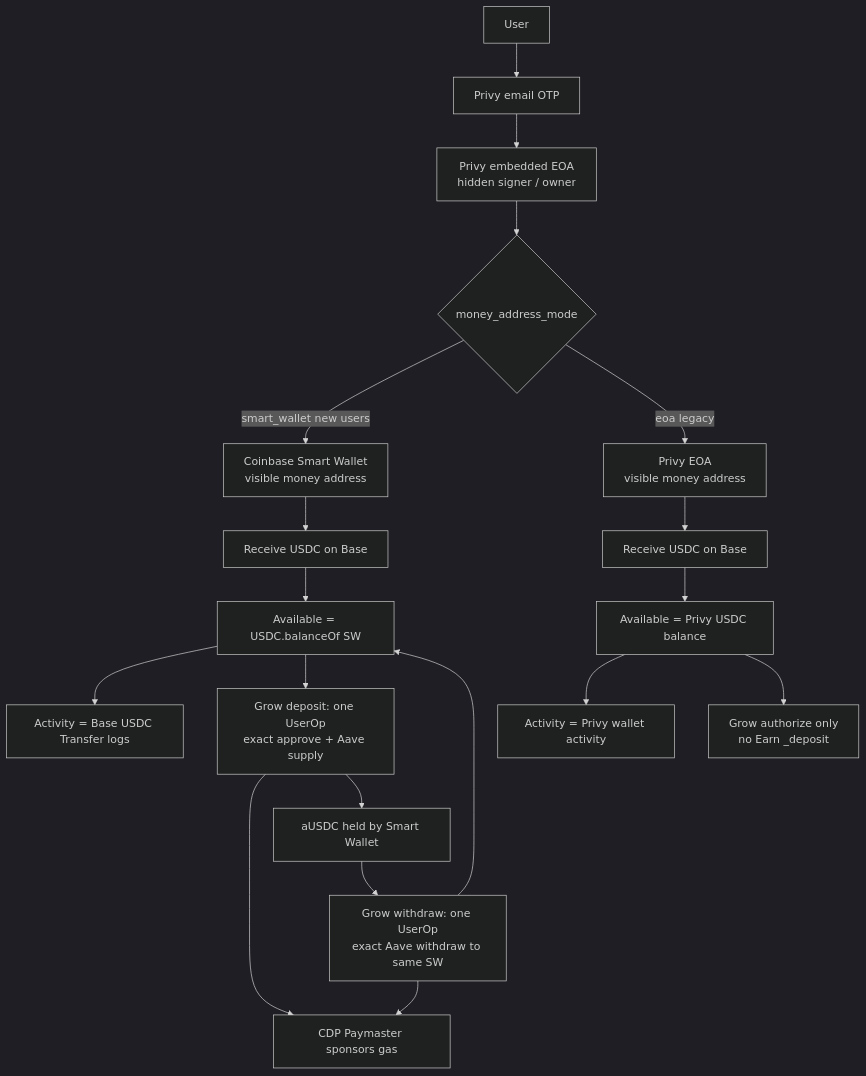
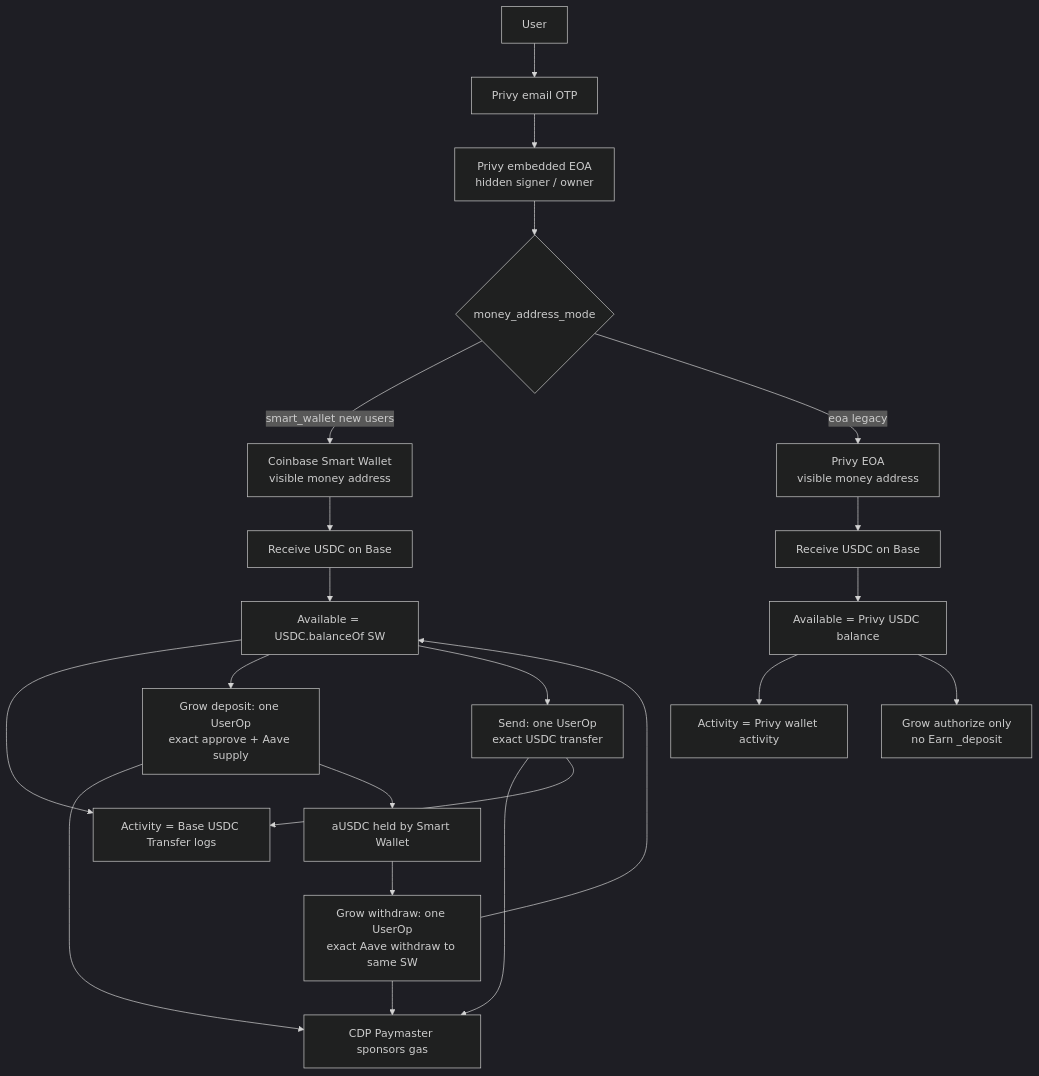
Before and after one commit to Evrlink/OlimpiaNeoBank: the diagram in docs/CurrentArchitecture.md, drawn with Mermaid (dark theme). The commit also changed other lines of this file, not shown here.

Commit message:
Document Smart Wallet Send architecture

````diff
--- a/docs/CurrentArchitecture.md
+++ b/docs/CurrentArchitecture.md
@@ -274,24 +340,27 @@
 ```mermaid
 flowchart TD
   user[User] --> privyAuth[Privy email OTP]
   privyAuth --> eoa[Privy embedded EOA<br/>hidden signer / owner]
   eoa --> mode{money_address_mode}
 
   mode -->|smart_wallet new users| sw[Coinbase Smart Wallet<br/>visible money address]
   mode -->|eoa legacy| eoaMoney[Privy EOA<br/>visible money address]
 
   sw --> receiveSW[Receive USDC on Base]
   receiveSW --> availSW[Available = USDC.balanceOf SW]
   availSW --> actSW[Activity = Base USDC Transfer logs]
   availSW --> growSW[Grow deposit: one UserOp<br/>exact approve + Aave supply]
+  availSW --> sendSW[Send: one UserOp<br/>exact USDC transfer]
   growSW --> paymaster[CDP Paymaster sponsors gas]
+  sendSW --> paymaster
+  sendSW --> actSW
   growSW --> ausdc[aUSDC held by Smart Wallet]
   ausdc --> withdrawSW[Grow withdraw: one UserOp<br/>exact Aave withdraw to same SW]
   withdrawSW --> paymaster
   withdrawSW --> availSW
 
   eoaMoney --> receiveEOA[Receive USDC on Base]
   receiveEOA --> availEOA[Available = Privy USDC balance]
   availEOA --> actEOA[Activity = Privy wallet activity]
   availEOA --> authEOA[Grow authorize only<br/>no Earn _deposit]
 ```
````
